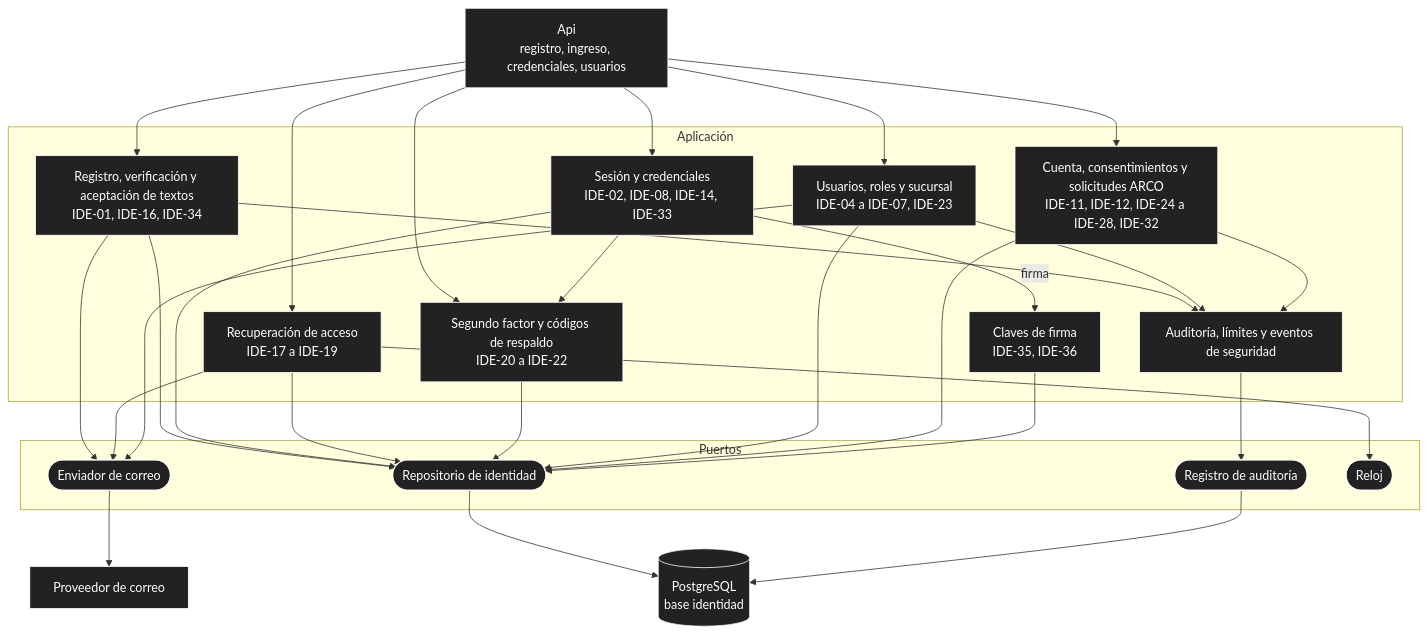
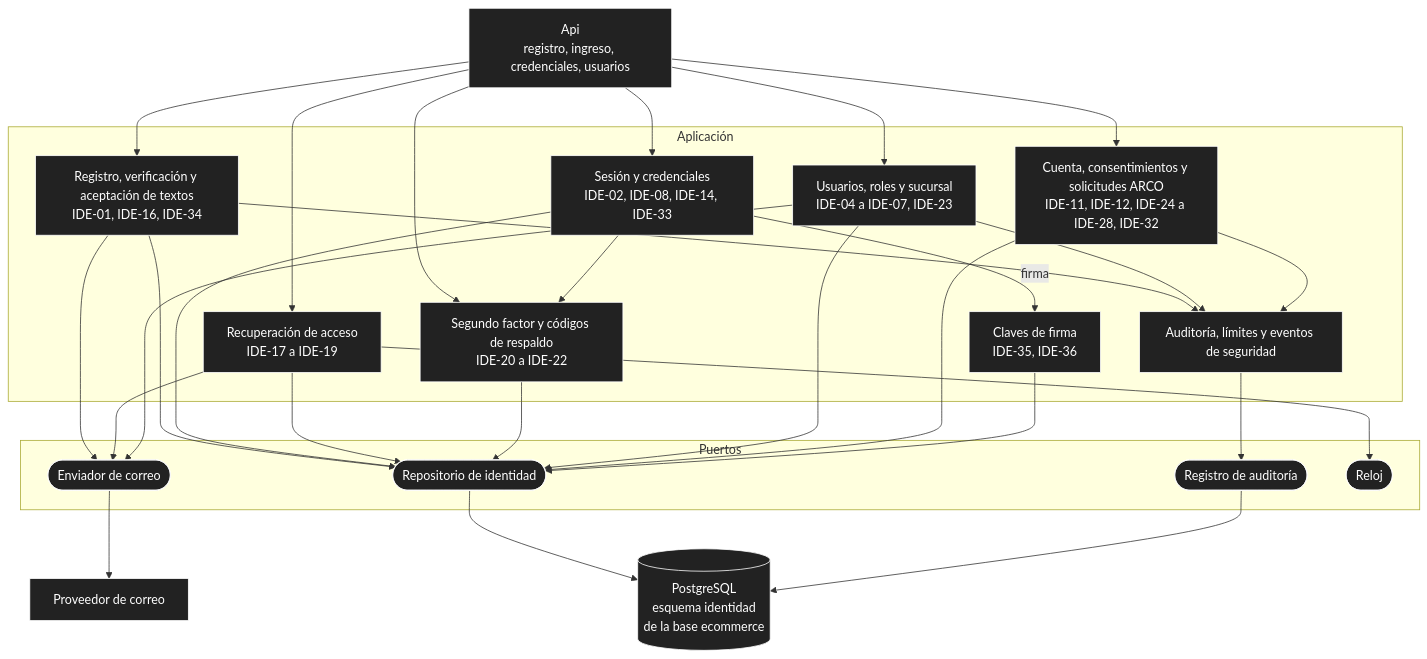
The third of 5 diagrams in docs/04-modelo-c4/02-componentes.md (P35C4D0R4B1050/BabelHub), drawn with Mermaid before and after one commit. The commit also changed other lines of this file and 34 other files, not shown here.

First line of the commit message:
docs: reformulate the architecture around two modular services and six quality attributes

````diff
--- a/docs/04-modelo-c4/02-componentes.md
+++ b/docs/04-modelo-c4/02-componentes.md
@@ -183,55 +185,55 @@
 ```mermaid
 flowchart TD
 API["Api<br/>registro, ingreso, credenciales, usuarios"]
 
 subgraph APL["Aplicación"]
 REG["Registro, verificación y aceptación de textos<br/>IDE-01, IDE-16, IDE-34"]
 SES["Sesión y credenciales<br/>IDE-02, IDE-08, IDE-14, IDE-33"]
 REC["Recuperación de acceso<br/>IDE-17 a IDE-19"]
 MFA["Segundo factor y códigos de respaldo<br/>IDE-20 a IDE-22"]
 USU["Usuarios, roles y sucursal<br/>IDE-04 a IDE-07, IDE-23"]
 CTA["Cuenta, consentimientos y solicitudes ARCO<br/>IDE-11, IDE-12, IDE-24 a IDE-28, IDE-32"]
 CLA["Claves de firma<br/>IDE-35, IDE-36"]
 AUD["Auditoría, límites y eventos de seguridad"]
 end
 
 subgraph PUE["Puertos"]
 PR(["Repositorio de identidad"])
 PM(["Enviador de correo"])
 PA(["Registro de auditoría"])
 PT(["Reloj"])
 end
 
-DB[("PostgreSQL<br/>base identidad")]
+DB[("PostgreSQL<br/>esquema identidad<br/>de la base ecommerce")]
 COR["Proveedor de correo"]
 
 API --> REG
 API --> SES
 API --> REC
 API --> MFA
 API --> USU
 API --> CTA
 SES -->|"firma"| CLA
 SES --> MFA
 REG --> PM
 REC --> PM
 USU --> PM
 REG --> PR
 SES --> PR
 REC --> PR
 MFA --> PR
 USU --> PR
 CTA --> PR
 CLA --> PR
 REG --> AUD
 USU --> AUD
 CTA --> AUD
 AUD --> PA
 PR --> DB
 PA --> DB
 PM --> COR
 REC --> PT
 
 classDef n fill:#222,stroke:#fff,color:#fff
 class API,REG,SES,REC,MFA,USU,CTA,CLA,AUD,PR,PM,PA,PT,DB,COR n
 ```
````
